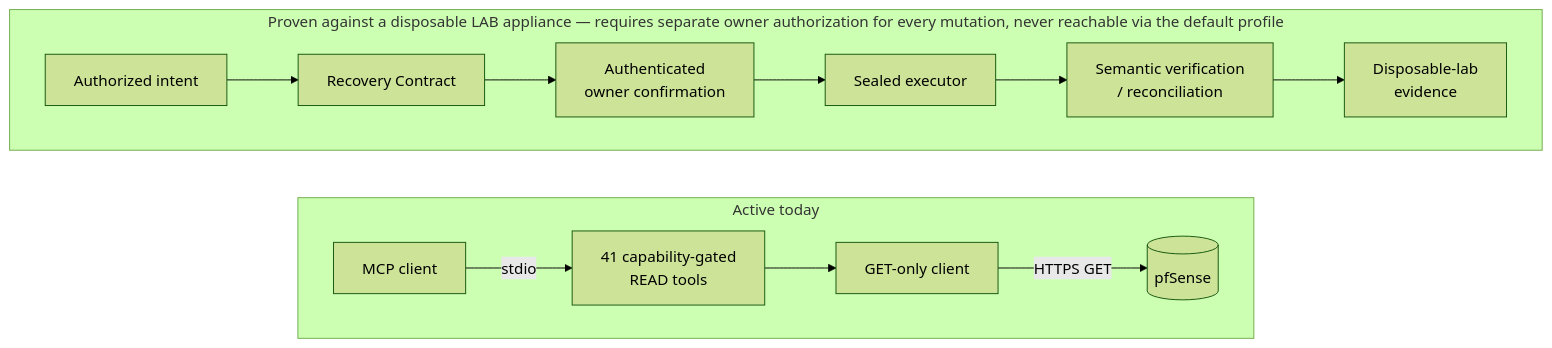
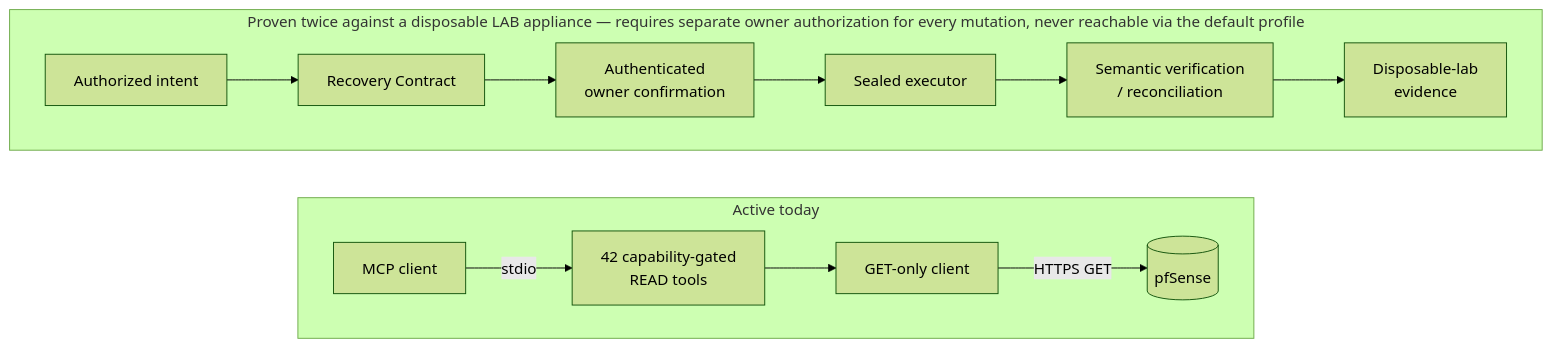
Before and after one commit to night4me/pfsense-mcp-server: the diagram in README.md, drawn with Mermaid (forest theme). The commit also changed 4 other files, not shown here.

````diff
--- a/README.md
+++ b/README.md
@@ -131,18 +131,18 @@
 ```mermaid
 flowchart LR
     subgraph today["Active today"]
         direction LR
-        A1[MCP client] -->|stdio| A2[41 capability-gated<br/>READ tools]
+        A1[MCP client] -->|stdio| A2[42 capability-gated<br/>READ tools]
         A2 --> A3[GET-only client]
         A3 -->|HTTPS GET| A4[(pfSense)]
     end
 
-    subgraph future["Proven against a disposable LAB appliance — requires separate owner authorization for every mutation, never reachable via the default profile"]
+    subgraph future["Proven twice against a disposable LAB appliance — requires separate owner authorization for every mutation, never reachable via the default profile"]
         direction LR
         B1[Authorized intent] --> B2[Recovery Contract]
         B2 --> B3[Authenticated<br/>owner confirmation]
         B3 --> B4[Sealed executor]
         B4 --> B5[Semantic verification<br/>/ reconciliation]
         B5 --> B6[Disposable-lab<br/>evidence]
     end
 ```
````
